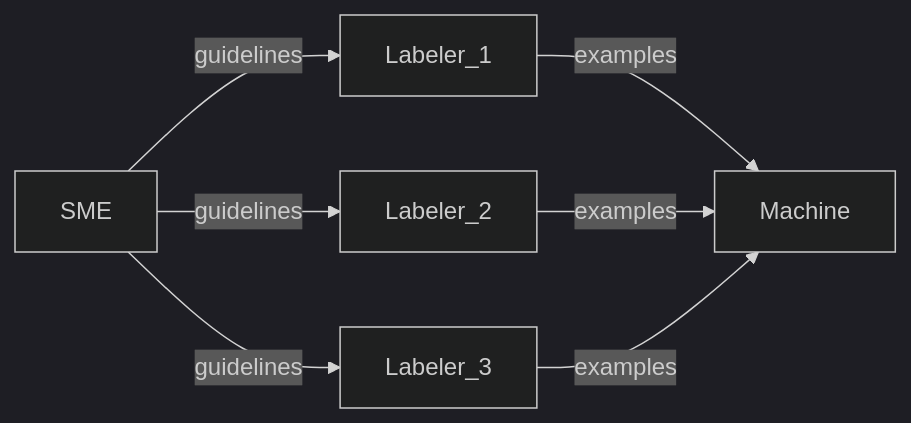
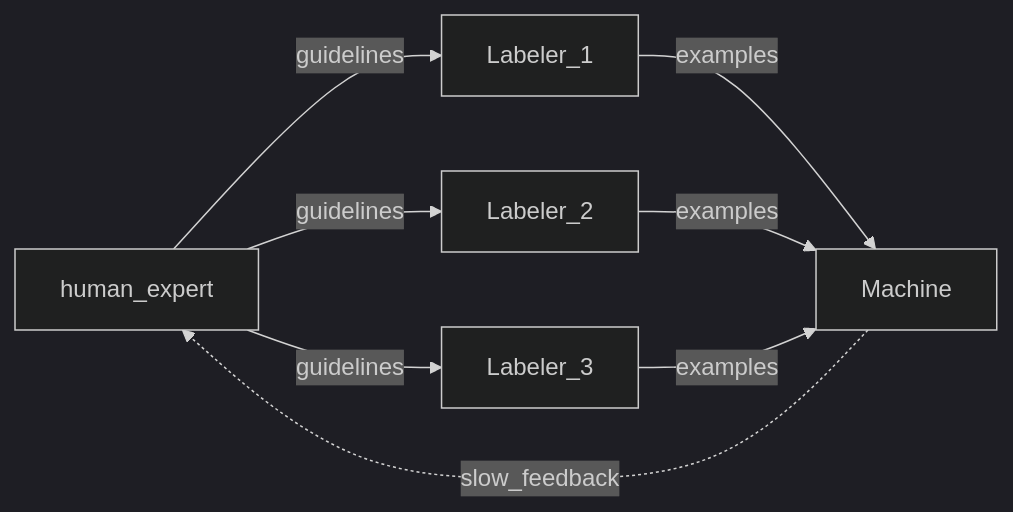
The first of 2 diagrams in tune_foundational_models/README.md (borisdev/research), drawn with Mermaid (dark theme) before and after one commit. The commit also changed other lines of this file, not shown here.

Commit message:
fine tune diagram

````diff
--- a/tune_foundational_models/README.md
+++ b/tune_foundational_models/README.md
@@ -30,9 +30,10 @@
 ```mermaid
 flowchart LR
-    SME-- guidelines -->Labeler_1
-    SME-- guidelines -->Labeler_2
-    SME-- guidelines -->Labeler_3
+    human_expert-- guidelines -->Labeler_1
+    human_expert-- guidelines -->Labeler_2
+    human_expert-- guidelines -->Labeler_3
     Labeler_1-- examples -->Machine
     Labeler_2-- examples -->Machine
     Labeler_3-- examples -->Machine
+    Machine-. slow_feedback .-> human_expert
 ```
````
